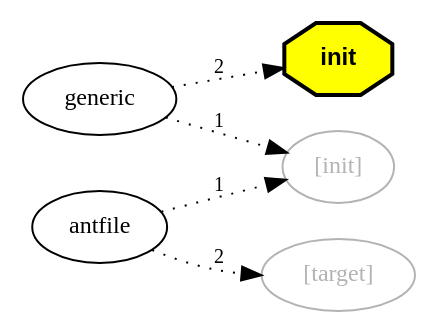
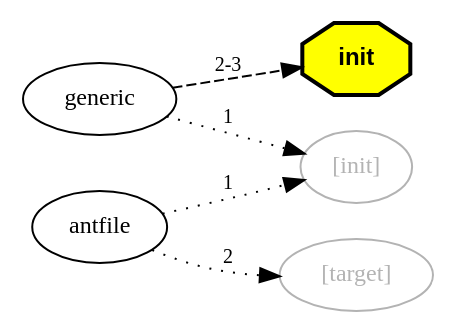
One commit to Ant-Grand/Grand changed the diagram in src/etc/testcases/subant.dot. Above: the diagram before and after it, drawn with Graphviz. The commit also changed 5 other files, not shown here.

```diff
--- a/src/etc/testcases/subant.dot
+++ b/src/etc/testcases/subant.dot
@@ -1,19 +1,19 @@
 digraph "Subant" {
 graph [rankdir="LR"];
 node [fontsize="12"];
 edge [fontsize="10"];
 "init" [shape=octagon,fillcolor="yellow",style="filled,bold",fontname="Helvetica-Bold"];
 
 "generic"
 "generic" -> "[init]" [label="1", fontsize="10",style="dotted"];
-"generic" -> "init" [label="2", fontsize="10",style="dotted"];
+"generic" -> "init" [label="2-3", fontsize="10",style="dashed"];
 
 "antfile"
 "antfile" -> "[init]" [label="1", fontsize="10",style="dotted"];
 "antfile" -> "[target]" [label="2", fontsize="10",style="dotted"];
 
 "[init]" [color="gray70",fontcolor="gray70"];
 
 "[target]" [color="gray70",fontcolor="gray70"];
 
 }
```
